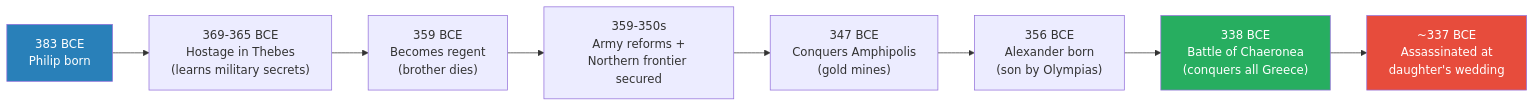
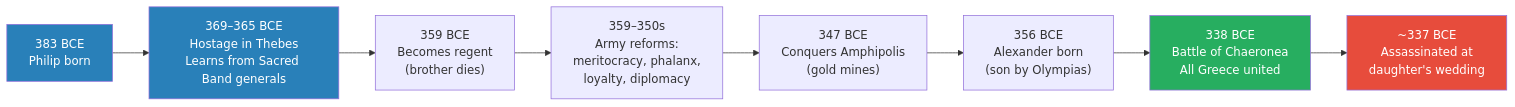
One commit to alius33/reader changed the ninth of 9 diagrams in summaries/Lectures/Civilization/11 - The Greatness of Philip II of Macedon.md. Above: the diagram before and after it, drawn with Mermaid. The commit also changed other lines of this file and 26 other files, not shown here.

````diff
--- a/summaries/Lectures/Civilization/11 - The Greatness of Philip II of Macedon.md
+++ b/summaries/Lectures/Civilization/11 - The Greatness of Philip II of Macedon.md
@@ -300,13 +443,14 @@
 ```mermaid
 flowchart LR
-    A["383 BCE<br/>Philip born"] --> B["369-365 BCE<br/>Hostage in Thebes<br/>(learns military secrets)"]
+    A["383 BCE<br/>Philip born"] --> B["369–365 BCE<br/>Hostage in Thebes<br/>Learns from Sacred Band generals"]
     B --> C["359 BCE<br/>Becomes regent<br/>(brother dies)"]
-    C --> D["359-350s<br/>Army reforms +<br/>Northern frontier secured"]
+    C --> D["359–350s<br/>Army reforms:<br/>meritocracy, phalanx,<br/>loyalty, diplomacy"]
     D --> E["347 BCE<br/>Conquers Amphipolis<br/>(gold mines)"]
     E --> F["356 BCE<br/>Alexander born<br/>(son by Olympias)"]
-    F --> G["338 BCE<br/>Battle of Chaeronea<br/>(conquers all Greece)"]
+    F --> G["338 BCE<br/>Battle of Chaeronea<br/>All Greece united"]
     G --> H["~337 BCE<br/>Assassinated at<br/>daughter's wedding"]
     style A fill:#2980b9,color:#fff
+    style B fill:#2980b9,color:#fff
     style G fill:#27ae60,color:#fff
     style H fill:#e74c3c,color:#fff
 ```
````
